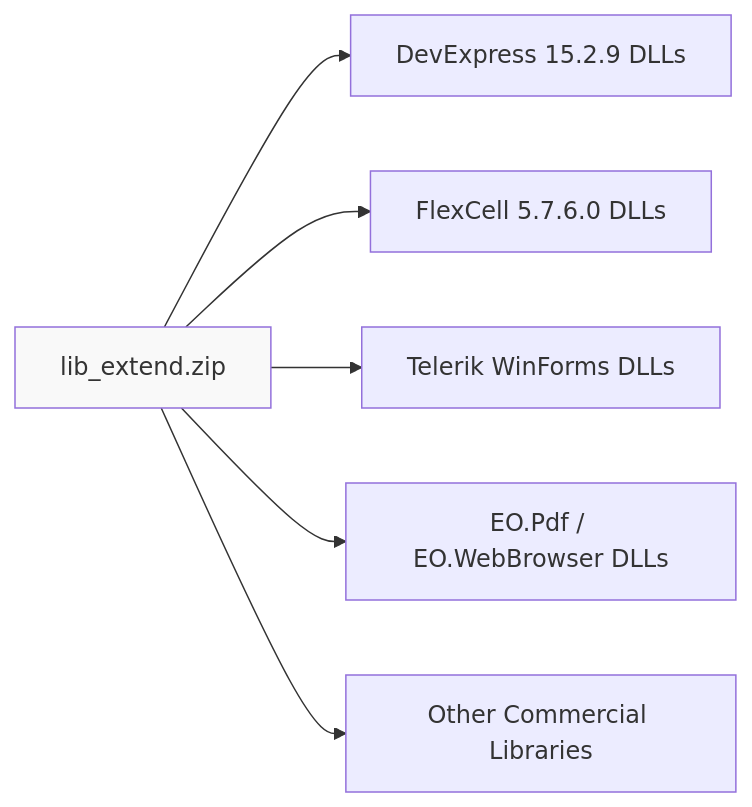
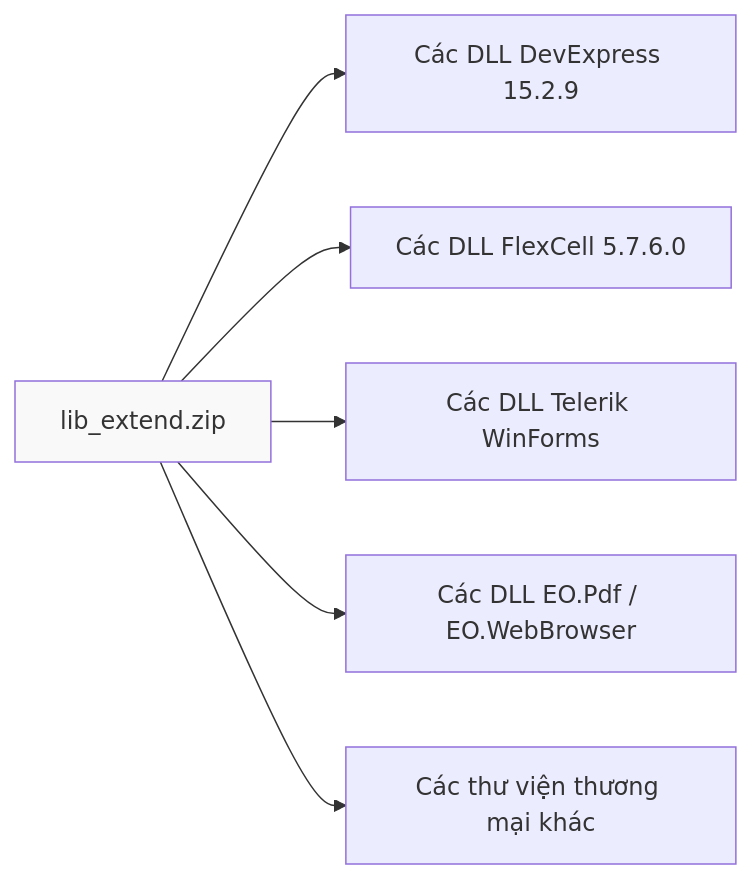
The second of 3 diagrams in docs/his-ba-documentation/99-development/build-setup.md (thangpnb/HIS), drawn with Mermaid before and after one commit. The commit also changed other lines of this file and 30 other files, not shown here.

Commit message:
Refactor architecture docs and update translations

````diff
--- a/docs/his-ba-documentation/99-development/build-setup.md
+++ b/docs/his-ba-documentation/99-development/build-setup.md
@@ -97,18 +97,18 @@
 ```mermaid
 graph LR
     LibExtend["lib_extend.zip"]
     
-    DevExpress["DevExpress 15.2.9 DLLs"]
-    FlexCell["FlexCell 5.7.6.0 DLLs"]
-    Telerik["Telerik WinForms DLLs"]
-    EO["EO.Pdf / EO.WebBrowser DLLs"]
-    Other["Other Commercial Libraries"]
+    DevExpress["Các DLL DevExpress 15.2.9"]
+    FlexCell["Các DLL FlexCell 5.7.6.0"]
+    Telerik["Các DLL Telerik WinForms"]
+    EO["Các DLL EO.Pdf / EO.WebBrowser"]
+    Other["Các thư viện thương mại khác"]
     
     LibExtend --> DevExpress
     LibExtend --> FlexCell
     LibExtend --> Telerik
     LibExtend --> EO
     LibExtend --> Other
     
     style LibExtend fill:#f9f9f9
 ```
````
